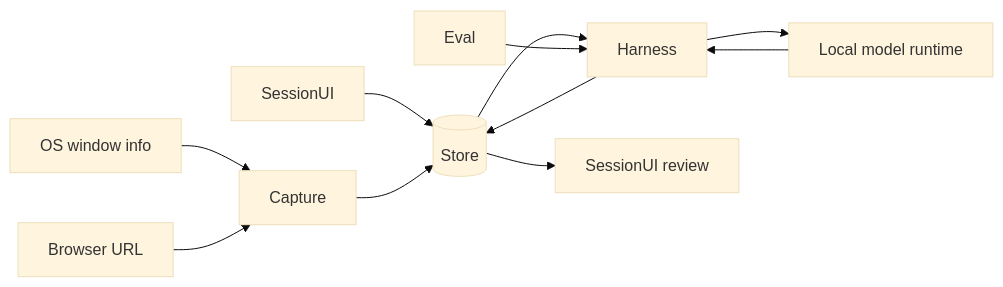
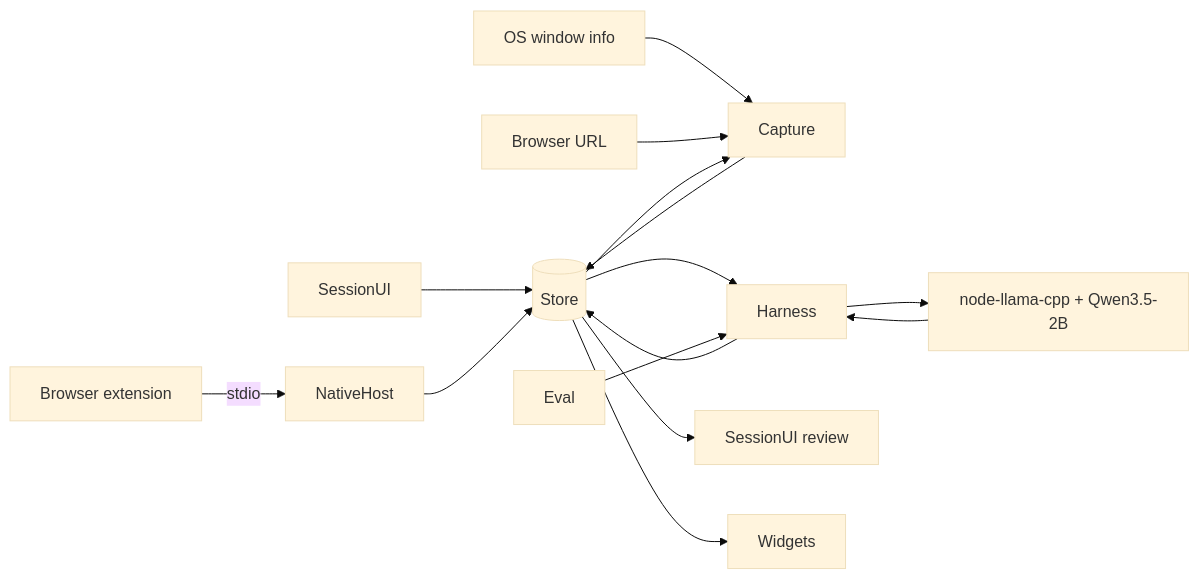
One commit to Alexandre-Nevero/focuslocal changed the second of 2 diagrams in docs/system-design.md. Above: the diagram before and after it, drawn with Mermaid (base theme). The commit also changed other lines of this file, not shown here.

````diff
--- a/docs/system-design.md
+++ b/docs/system-design.md
@@ -44,13 +48,17 @@
 ```mermaid
 flowchart LR
   User[SessionUI] --> Store[(Store)]
   OS[OS window info] --> Capture[Capture]
   Browser[Browser URL] --> Capture
+  Ext[Browser extension] -->|stdio| Host[NativeHost]
+  Host --> Store
+  Store --> Capture
   Capture --> Store
   Store --> Harness[Harness]
-  Harness --> Runtime[Local model runtime]
+  Harness --> Runtime[node-llama-cpp + Qwen3.5-2B]
   Runtime --> Harness
   Harness --> Store
   Store --> Review[SessionUI review]
+  Store --> Widgets[Widgets]
   Eval[Eval] --> Harness
 ```
````
